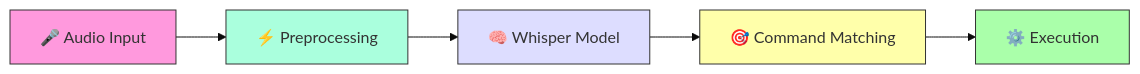
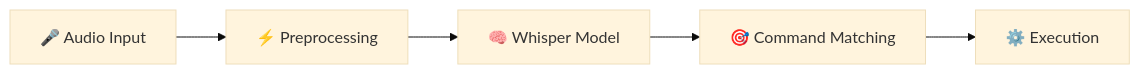
Before and after one commit to daanishmittal24/VoxBeam: the diagram in README.md, drawn with Mermaid (base theme).

````diff
--- a/README.md
+++ b/README.md
@@ -40,12 +40,8 @@
 ```mermaid
 graph LR
     A[🎤 Audio Input] --> B[⚡ Preprocessing]
     B --> C[🧠 Whisper Model]
     C --> D[🎯 Command Matching]
     D --> E[⚙️ Execution]
-    style A fill:#f9d,stroke:#333
-    style B fill:#afd,stroke:#333
-    style C fill:#ddf,stroke:#333
-    style D fill:#ffa,stroke:#333
-    style E fill:#afa,stroke:#333
+
 ```
````
